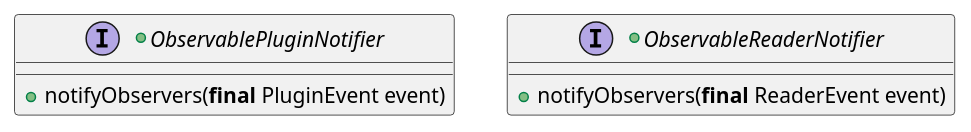
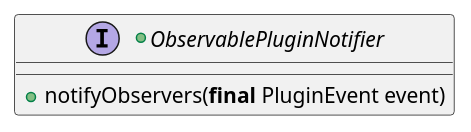
Before and after one commit to calypsonet/keyple: the first of 17 diagrams in src/KeypleCoreApi/Plugin/puml/KeypleCore-PluginApi-ClassDiag-SE_Proxy-ClassElements.iuml, drawn with PlantUML. The commit also changed other lines of this file and 4 other files, not shown here.

```diff
--- a/src/KeypleCoreApi/Plugin/puml/KeypleCore-PluginApi-ClassDiag-SE_Proxy-ClassElements.iuml
+++ b/src/KeypleCoreApi/Plugin/puml/KeypleCore-PluginApi-ClassDiag-SE_Proxy-ClassElements.iuml
@@ -14,9 +14,5 @@
 @startuml(id=PLUGIN_OBSERVABLE_NOTIFIER)
 +interface ObservablePluginNotifier {
   +notifyObservers(<b>final</b> PluginEvent event)
 }
-
-+interface ObservableReaderNotifier {
-  +notifyObservers(<b>final</b> ReaderEvent event)
-}
 @enduml
```
